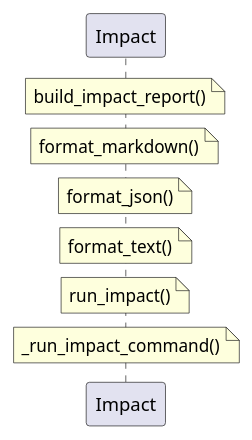
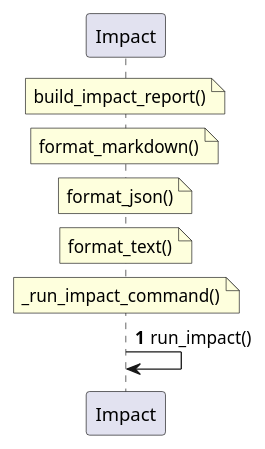
Before and after one commit to tvanfossen/doxygen-guard: the diagram in docs/generated/sequences/REQ-IMPACT-003.puml, drawn with PlantUML. The commit also changed 7 other files, not shown here.

First line of the commit message:
Call graph from body scanning: real sequence diagrams

```diff
--- a/docs/generated/sequences/REQ-IMPACT-003.puml
+++ b/docs/generated/sequences/REQ-IMPACT-003.puml
@@ -1,13 +1,14 @@
 @startuml REQ-IMPACT-003
 autonumber
 
 participant "Impact" as Impact
 
 note over Impact: build_impact_report()
 note over Impact: format_markdown()
 note over Impact: format_json()
 note over Impact: format_text()
-note over Impact: run_impact()
 note over Impact: _run_impact_command()
 
+Impact -> Impact: run_impact()
+
 @enduml
```
